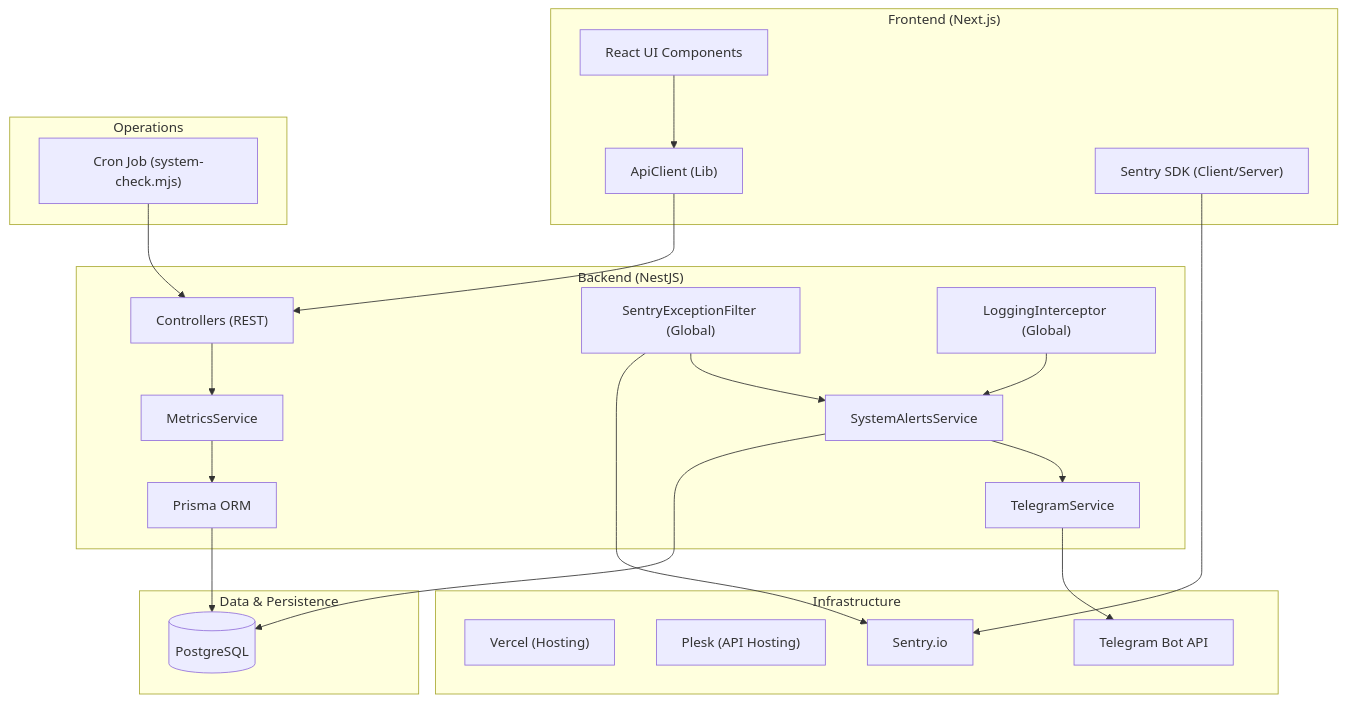
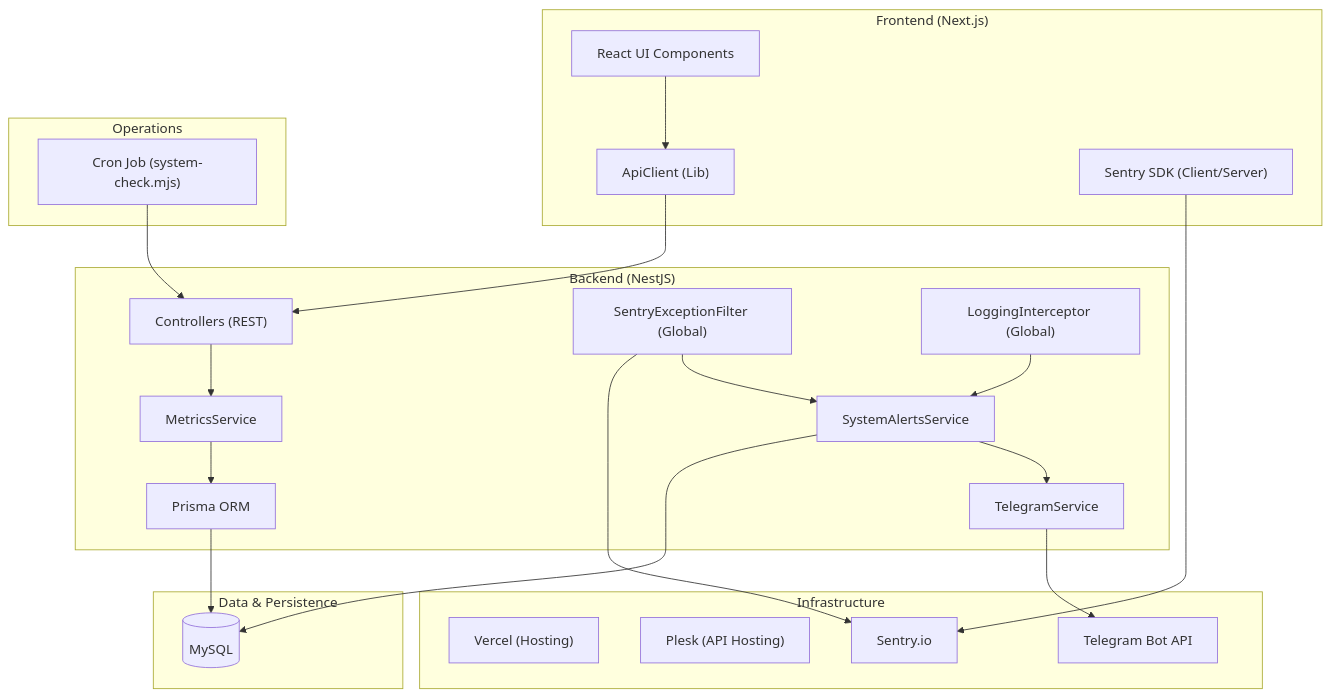
One commit to drleuman/HealthOS changed the diagram in ARCHITECTURE.md. Above: the diagram before and after it, drawn with Mermaid. The commit also changed other lines of this file and 42 other files, not shown here.

````diff
--- a/ARCHITECTURE.md
+++ b/ARCHITECTURE.md
@@ -9,52 +9,52 @@
 ```mermaid
 graph TD
     subgraph "Frontend (Next.js)"
         UI["React UI Components"]
         API_C["ApiClient (Lib)"]
         SentryFE["Sentry SDK (Client/Server)"]
     end
 
     subgraph "Infrastructure"
         Vercel["Vercel (Hosting)"]
         Plesk["Plesk (API Hosting)"]
         SentryCloud["Sentry.io"]
         TelegramAPI["Telegram Bot API"]
     end
 
     subgraph "Backend (NestJS)"
         Controller["Controllers (REST)"]
         Filter["SentryExceptionFilter (Global)"]
         Interceptor["LoggingInterceptor (Global)"]
         AlertService["SystemAlertsService"]
         TeleService["TelegramService"]
         Metrics["MetricsService"]
         Prisma["Prisma ORM"]
     end
 
     subgraph "Data & Persistence"
-        DB[("PostgreSQL")]
+        DB[("MySQL")]
     end
 
     subgraph "Operations"
         Cron["Cron Job (system-check.mjs)"]
     end
 
     %% Flow: User interaction
     UI --> API_C
     API_C --> Controller
 
     %% Flow: Observability
     Filter --> SentryCloud
     Filter --> AlertService
     Interceptor --> AlertService
     AlertService --> DB
     AlertService --> TeleService
     TeleService --> TelegramAPI
     SentryFE --> SentryCloud
 
     %% Flow: Metrics & Health
     Cron --> Controller
     Controller --> Metrics
     Metrics --> Prisma
     Prisma --> DB
 ```
````
